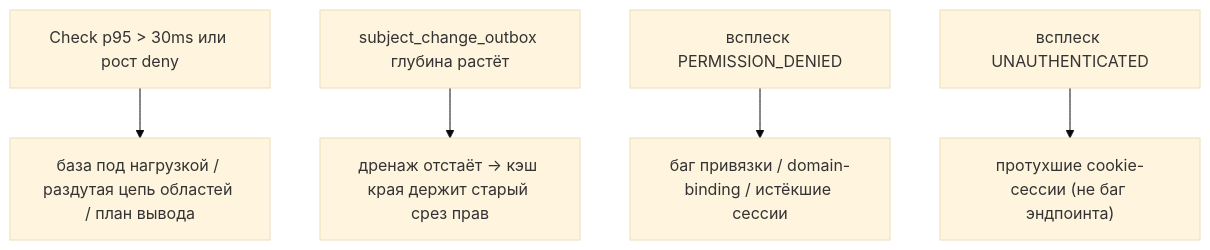
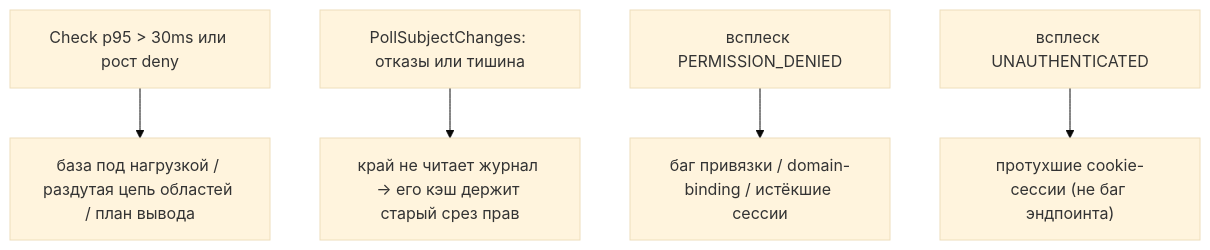
The diagram in services/iam/docs/content/advanced/observability.mdx (PRO-Robotech/kacho), drawn with Mermaid (base theme) before and after one commit. The commit also changed other lines of this file and 29 other files, not shown here.

````diff
--- a/services/iam/docs/content/advanced/observability.mdx
+++ b/services/iam/docs/content/advanced/observability.mdx
@@ -47,7 +48,7 @@
 ```mermaid
 flowchart TD
   check["Check p95 &gt; 30ms или рост deny"] --> a["база под нагрузкой / раздутая цепь областей / план вывода"]
-  outbox["subject_change_outbox глубина растёт"] --> b["дренаж отстаёт → кэш края держит старый срез прав"]
+  outbox["PollSubjectChanges: отказы или тишина"] --> b["край не читает журнал → его кэш держит старый срез прав"]
   denied["всплеск PERMISSION_DENIED"] --> c["баг привязки / domain-binding / истёкшие сессии"]
   authn["всплеск UNAUTHENTICATED"] --> d["протухшие cookie-сессии (не баг эндпоинта)"]
 ```
````
